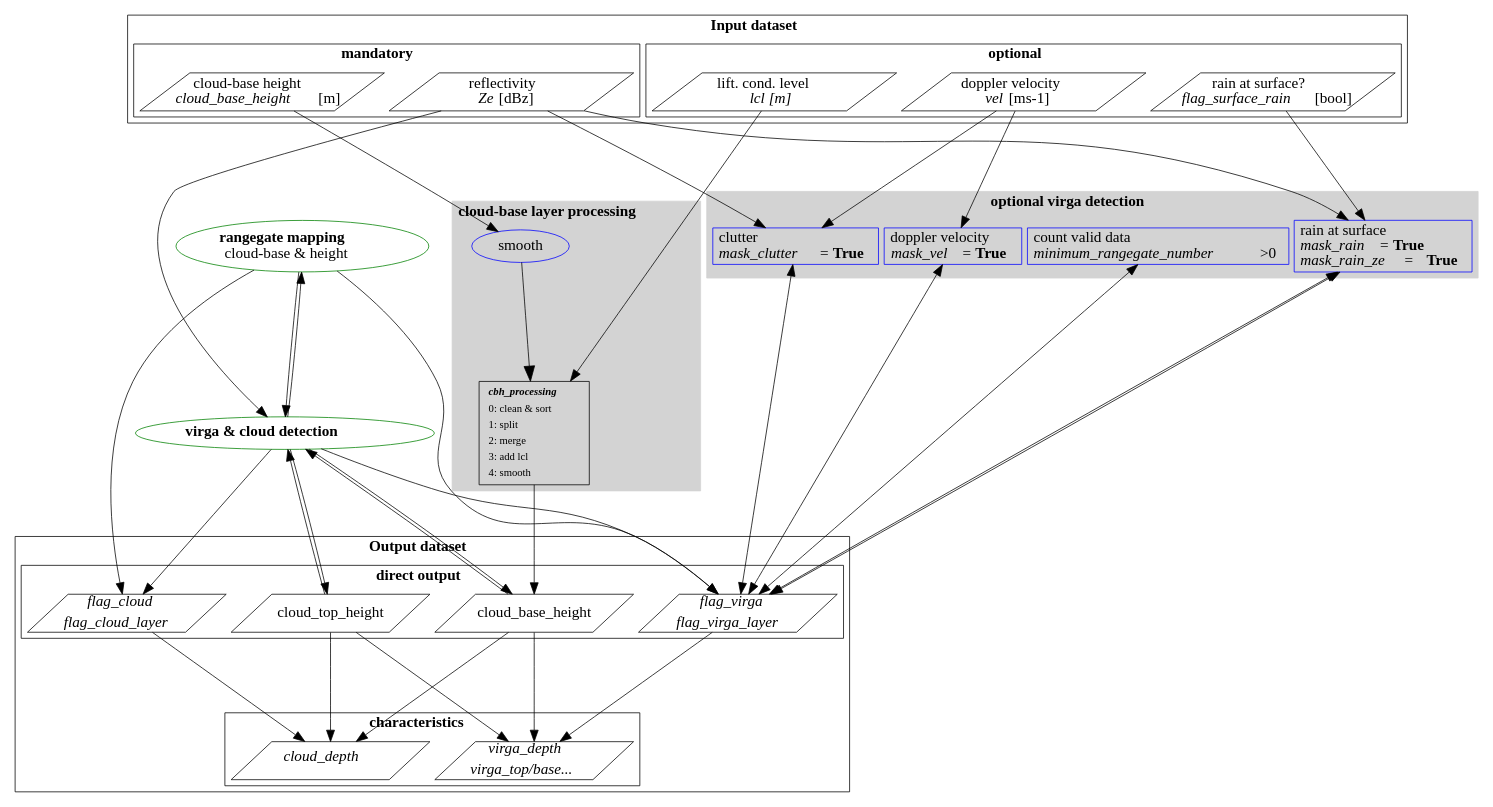
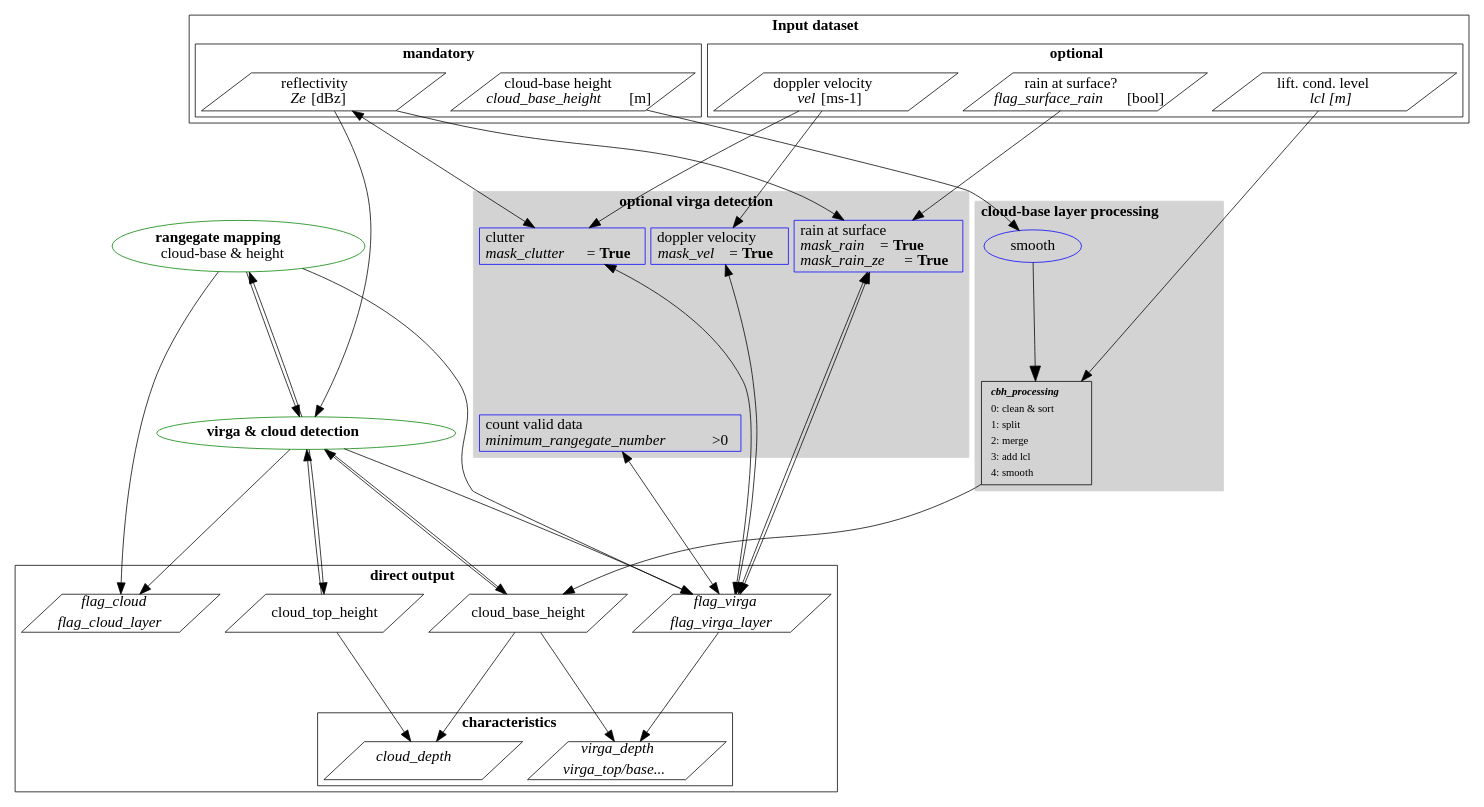
Before and after one commit to remsens-lim/virga_sniffer: the diagram in docs/flowchart.dot, drawn with Graphviz. The commit also changed 4 other files, not shown here.

```diff
--- a/docs/flowchart.dot
+++ b/docs/flowchart.dot
@@ -1,119 +1,125 @@
 digraph virgasniffer {
     graph [
         fontsize=20;
         nodesep="0.1";
         ranksep="2";
         rankdir="TD";
         overlap="false";
         splines="true";
     ];
     edge [ arrowsize= 1.5];
     { "cbhprocess-detail" [
         shape="box";
         label=<<TABLE BORDER='0'>
                 <TR align='left'><TD><i><b>cbh_processing</b></i></TD></TR>
                 <TR><TD align='left'>0: clean &amp; sort</TD></TR>
                 <TR><TD align='left'>1: split</TD></TR>
                 <TR><TD align='left'>2: merge</TD></TR>
                 <TR><TD align='left'>3: add lcl</TD></TR>
                 <TR><TD align='left'>4: smooth</TD></TR>
               </TABLE>>
         ];
     };
     {node [shape=ellipse fontsize=20];
         "layer-rg-map" [label=<<b>rangegate mapping</b><BR align="left"/>cloud-base &amp; height> color="green"];
         "initial-detection" [label=<<b>virga &amp; cloud detection</b>> color="green"];
     };
     {subgraph cluster_1 {
         style="filled";
         color="lightgrey";
         node [color="blue" fontsize=20];
         edge [color="black" arrowsize=2];
         label=<<font><b>cloud-base layer processing</b></font>>;
         "smooth" -> "cbhprocess-detail";
     };};
     {subgraph cluster_0 {
         label=<<font><b>Input dataset</b></font>>;
         subgraph cluster_01 {
             node [shape="parallelogram" fontsize=20 fixedsize=true width=4.3 height=0.7];
             label=<<font><b>mandatory</b></font>>;
             "ze" [label=<<font>reflectivity<BR align="left"/><i>Ze</i> [dBz]</font>>];
             "CBH0" [label=<<font>cloud-base height<BR/><i>cloud_base_height</i> [m]</font>>];
         };
         subgraph cluster_02 {
             node [shape="parallelogram" fixedsize=true width=4.3 height=0.7 fontsize=20];
             label=<<font><b>optional</b></font>>;
             "vel" [label=<<font>doppler velocity<BR align="left"/><i>vel</i> [ms-1]</font>>];
             "lcl" [label=<<font>lift. cond. level<BR align="left"/><i>lcl [m]</i></font>>];
             "flag_surface_rain" [label=<<font>rain at surface?<BR/><i>flag_surface_rain</i> [bool]</font>>];
         };
     };};
     {subgraph cluster_2 {
         style="filled";
         color="lightgrey";
-        node [color="blue" shape="box" fontsize=20 ];
+        nodesep=0.03;
+        node [color="blue" shape="box" fontsize=20];
         edge [color="black"];
         label=<<font><b>optional virga detection</b></font>>;
         "mvel" [label=<<font>doppler velocity<BR align="left"/><i>mask_vel</i>=<b>True</b></font>>];
         "mclut" [label=<<font>clutter<BR align="left"/><i>mask_clutter</i>=<b>True</b></font>>];
         "mrg" [label=<<font>count valid data<BR align="left"/><i>minimum_rangegate_number</i>&gt;0</font>>]
-        "mrain" [label=<<font>rain at surface<BR align="left"/><i>mask_rain</i>=<b>True</b><BR align="left"/><i>mask_rain_ze</i> = <b>True</b></font>>];
+        "mrain" [label=<<font>rain at surface<BR align="left"/><i>mask_rain</i>=<b>True</b><BR align="left"/><i>mask_rain_ze</i>=<b>True</b></font>>];
+         {"mclut" "mvel" "mrain"} -> "mrg"  [style="invis"]
+
     };};
+
+
     {subgraph cluster_9 {
         label=<<font><b>Output dataset</b></font>>;
-        subgraph cluster_90 {
+
             rank="same";
             node [shape="parallelogram" fixedsize="true" width="3.5" height="0.7" fontsize=20 ]
             label=<<font><b>direct output</b></font>>;
             "virgaflag" [label=<<TABLE BORDER='0'>
                                 <TR align='left'><TD port="1"><i>flag_virga</i></TD></TR>
                                 <TR align='left'><TD port="2"><i>flag_virga_layer</i></TD></TR>
                                 </TABLE>>
                         ];
             "cloudflag" [label=<<TABLE BORDER='0'>
                                 <TR align='left'><TD port="1"><i>flag_cloud</i></TD></TR>
                                 <TR align='left'><TD port="2"><i>flag_cloud_layer</i></TD></TR>
                                 </TABLE>>
                         ];
             "CTH" [label="cloud_top_height"];
             "CBH" [label="cloud_base_height"];
-        };
+
         subgraph cluster_91 {
             rank="same";
             node [shape="parallelogram" fixedsize="true" width="3.5" height="0.7" fontsize=20 ]
             label=<<font><b>characteristics</b></font>>;
             "virgadepth" [label=<<TABLE BORDER='0'>
                                 <TR align='left'><TD port="1"><i>virga_depth</i></TD></TR>
                                 <TR align='left'><TD port="2"><i>virga_top/base...</i></TD></TR>
                                 </TABLE>>
                         ];
             "clouddepth" [label=<<TABLE BORDER='0'>
                                 <TR align='left'><TD port="1"><i>cloud_depth</i></TD></TR>
                                 <TR align='left'><TD></TD></TR>
                                 </TABLE>>
                         ];
         };
     };};
     "CBH0" -> "smooth";
     "ze" -> "initial-detection";
     "vel" -> "mvel";
     "vel" -> "mclut";
-    "ze" -> "mclut";
+    "ze" -> "mclut" [dir="both" weight=1];
     "ze" -> "mrain";
     "flag_surface_rain" -> "mrain";
-    "mvel" -> "virgaflag" [dir="both"];
-    "mclut" -> "virgaflag" [dir="both"];
-    "mrg" -> "virgaflag" [dir="both"];
-    "mrain" -> "virgaflag" [dir="both"];
+    "mvel" -> "virgaflag" [dir="both" weight=1];
+    "mclut" -> "virgaflag" [dir="both" weight=1];
+    "mrg" -> "virgaflag" [dir="both" weight=1];
+    "mrain" -> "virgaflag" [dir="both" weight=1];
     "mrain" -> "virgaflag" [dir="both"];
     "lcl" -> "cbhprocess-detail";
     "cbhprocess-detail" -> "CBH"
     {"CBH" "CTH"} -> "initial-detection";
     "initial-detection" -> {"CTH" "CBH"};
     "initial-detection" -> {"virgaflag" "cloudflag"};
     "initial-detection" -> "layer-rg-map";
     "layer-rg-map" -> "initial-detection";
     "layer-rg-map" -> {"virgaflag":2 "cloudflag":2};
-    {"CBH" "CTH" "virgaflag":2} -> "virgadepth";
-    {"CBH" "CTH" "cloudflag":2} -> "clouddepth";
+    {"CBH" "virgaflag":2} -> "virgadepth";
+    {"CBH" "CTH" } -> "clouddepth";
+
 }
```
